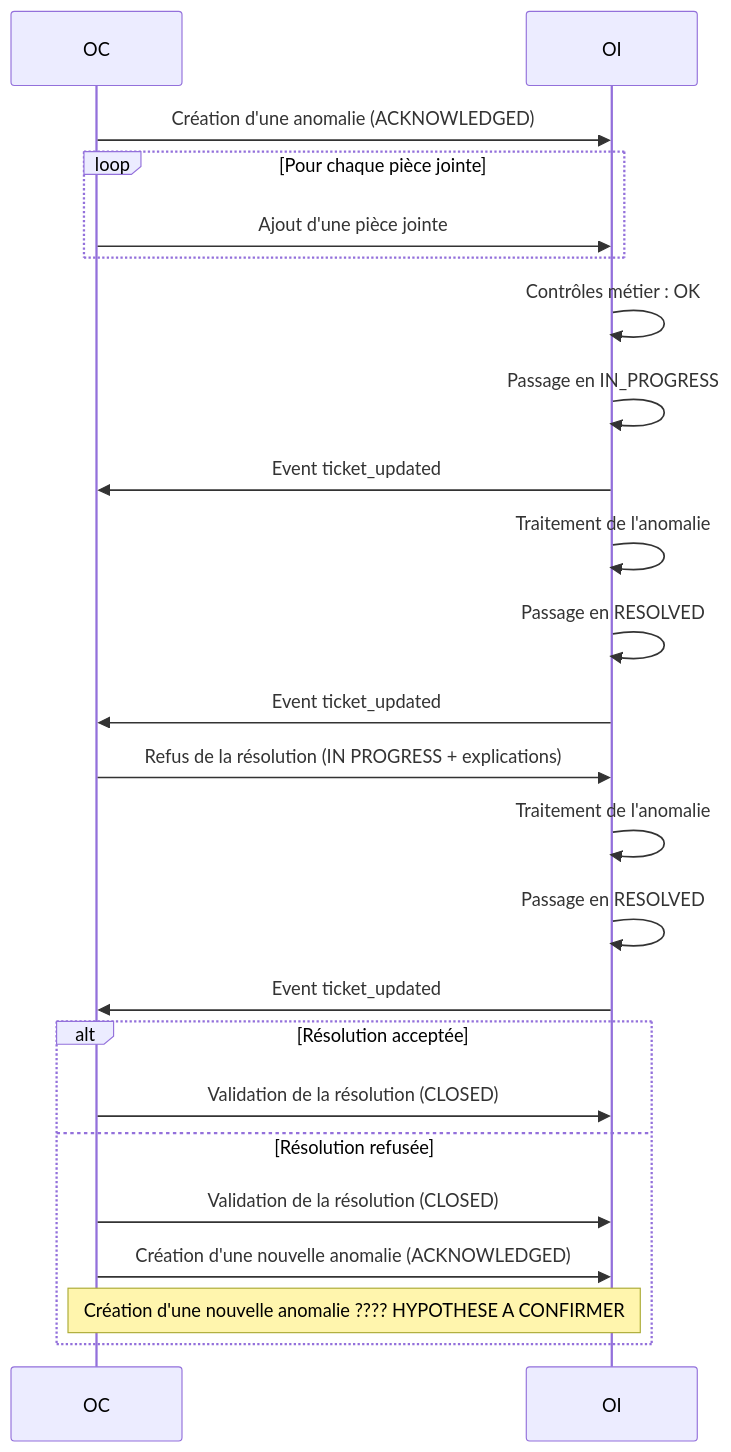
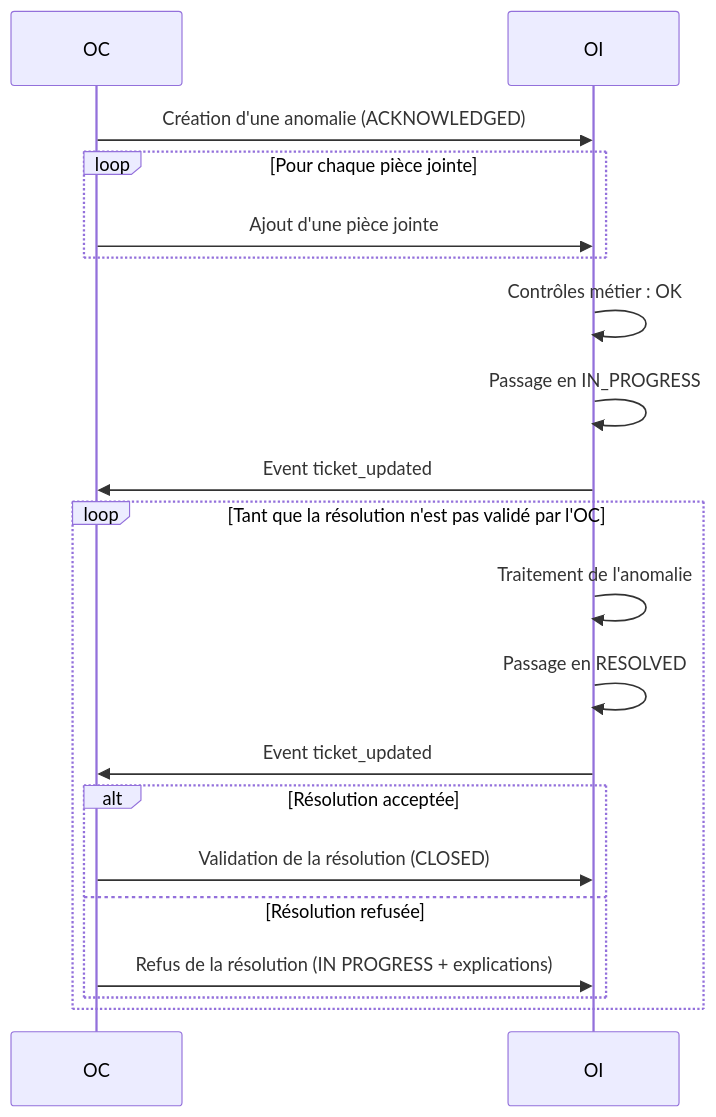
Before and after one commit to before-interop/anomalieAdresse: the third of 5 diagrams in README.md, drawn with Mermaid. The commit also changed 2 other files, not shown here.

Commit message:
allow requalification

````diff
--- a/README.md
+++ b/README.md
@@ -88,33 +88,27 @@
 ```mermaid
 sequenceDiagram
 
   participant OC
   participant OI
 
   OC->>OI: Création d'une anomalie (ACKNOWLEDGED)
   loop Pour chaque pièce jointe
     OC->>OI: Ajout d'une pièce jointe
   end
 
   OI->>OI: Contrôles métier : OK
   OI->>OI: Passage en IN_PROGRESS
   OI->>OC: Event ticket_updated
 
-  OI->>OI: Traitement de l'anomalie
-  OI->>OI: Passage en RESOLVED
-  OI->>OC: Event ticket_updated
+  loop Tant que la résolution n'est pas validé par l'OC
+    OI->>OI: Traitement de l'anomalie
+    OI->>OI: Passage en RESOLVED
+    OI->>OC: Event ticket_updated
 
-  OC->>OI: Refus de la résolution (IN PROGRESS + explications)
-
-  OI->>OI: Traitement de l'anomalie
-  OI->>OI: Passage en RESOLVED
-  OI->>OC: Event ticket_updated
-
-  alt Résolution acceptée
-    OC->>OI: Validation de la résolution (CLOSED)
-  else Résolution refusée
-    OC->>OI: Validation de la résolution (CLOSED)
-    OC->>OI: Création d'une nouvelle anomalie (ACKNOWLEDGED)
-    Note over OC,OI: Création d'une nouvelle anomalie ???? HYPOTHESE A CONFIRMER
- end
+    alt Résolution acceptée
+      OC->>OI: Validation de la résolution (CLOSED)
+    else Résolution refusée
+      OC->>OI: Refus de la résolution (IN PROGRESS + explications)
+    end
+  end
 ```
````
